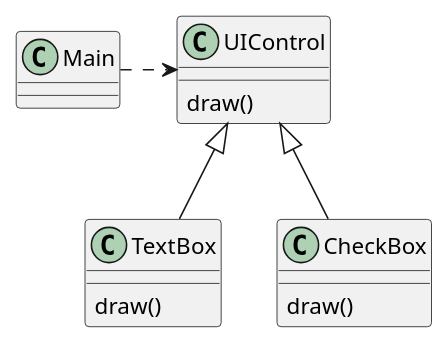
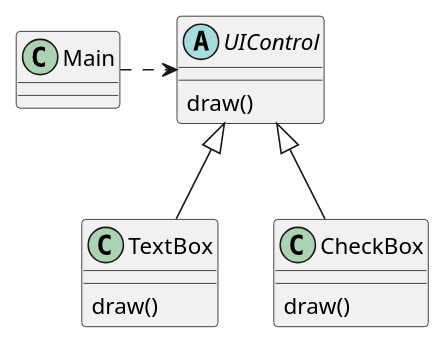
Before and after one commit to TomSpencerLondon/Design-Patterns: the diagram in src/main/java/org/example/state/solution/uicontrol.puml, drawn with PlantUML. The commit also changed 1 other file, not shown here.

Commit message:
Correct image for uicontrol to use abstract class

```diff
--- a/src/main/java/org/example/state/solution/uicontrol.puml
+++ b/src/main/java/org/example/state/solution/uicontrol.puml
@@ -1,21 +1,21 @@
 @startuml
 
 class Main {
 }
 
-class UIControl {
+abstract UIControl {
     draw()
 }
 
 class TextBox {
     draw()
 }
 
 class CheckBox {
     draw()
 }
 
 Main .right.> UIControl
 UIControl <|-- TextBox
 UIControl <|-- CheckBox
 @enduml
```
